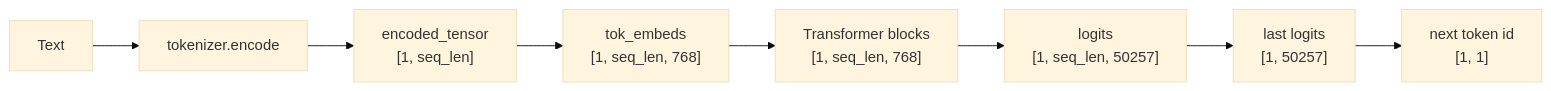
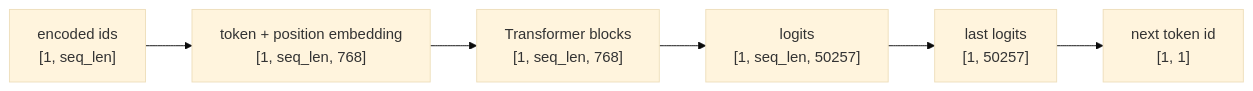
Before and after one commit to boslbosl/ai-specialist-26-language: the fifth of 5 diagrams in docs/diagrams/Chapter_4_Excercise_GPT.md, drawn with Mermaid (base theme). The commit also changed other lines of this file and 10 other files, not shown here.

Commit message:
Add diagrams for chapters through chapter 7

````diff
--- a/docs/diagrams/Chapter_4_Excercise_GPT.md
+++ b/docs/diagrams/Chapter_4_Excercise_GPT.md
@@ -94,10 +69,8 @@
 ```mermaid
 flowchart LR
-    A["Text"] --> B["tokenizer.encode"]
-    B --> C["encoded_tensor<br/>[1, seq_len]"]
-    C --> D["tok_embeds<br/>[1, seq_len, 768]"]
-    D --> E["Transformer blocks<br/>[1, seq_len, 768]"]
-    E --> F["logits<br/>[1, seq_len, 50257]"]
-    F --> G["last logits<br/>[1, 50257]"]
-    G --> H["next token id<br/>[1, 1]"]
+    A["encoded ids<br/>[1, seq_len]"] --> B["token + position embedding<br/>[1, seq_len, 768]"]
+    B --> C["Transformer blocks<br/>[1, seq_len, 768]"]
+    C --> D["logits<br/>[1, seq_len, 50257]"]
+    D --> E["last logits<br/>[1, 50257]"]
+    E --> F["next token id<br/>[1, 1]"]
 ```
````
